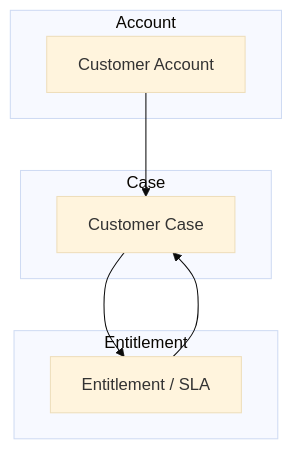
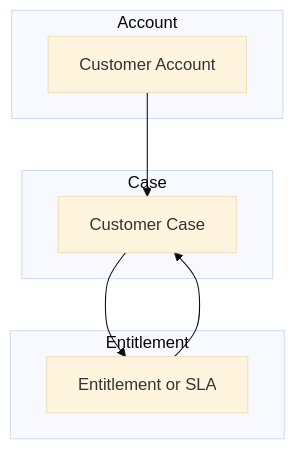
Before and after one commit to eltonaguiar/ServiceNow_Learning_TSOM-_CSM_FSM_SalesCRM_HAM_ITSM: the third of 4 diagrams in docs/modules/csm/csm-guide.md, drawn with Mermaid (base theme). The commit also changed 19 other files, not shown here.

First line of the commit message:
Fix Mermaid diagram syntax errors - replace problematic chars in text content only

````diff
--- a/docs/modules/csm/csm-guide.md
+++ b/docs/modules/csm/csm-guide.md
@@ -488,15 +488,15 @@
 ```mermaid
 graph TD
     subgraph "Account"
         AC[Customer Account]
     end
     subgraph "Case"
         CASE[Customer Case]
     end
     subgraph "Entitlement"
-        ENT[Entitlement / SLA]
+        ENT[Entitlement  or  SLA]
     end
     AC --> CASE
     CASE --> ENT
     ENT --> CASE
 ```
````
